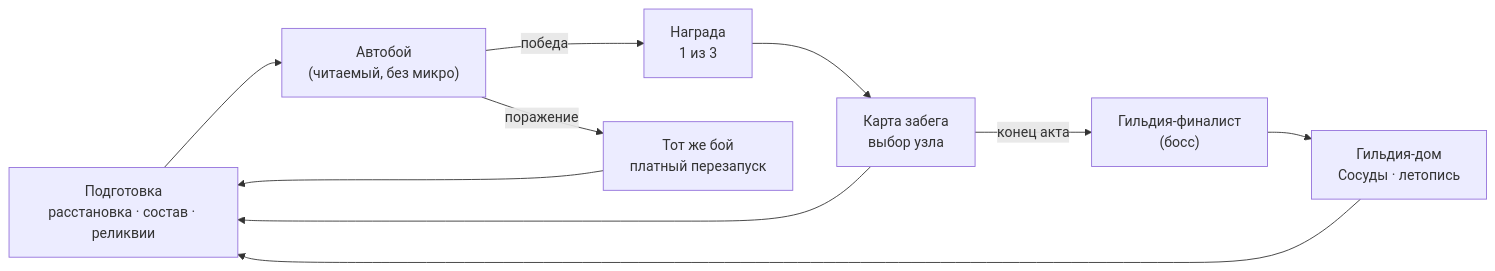
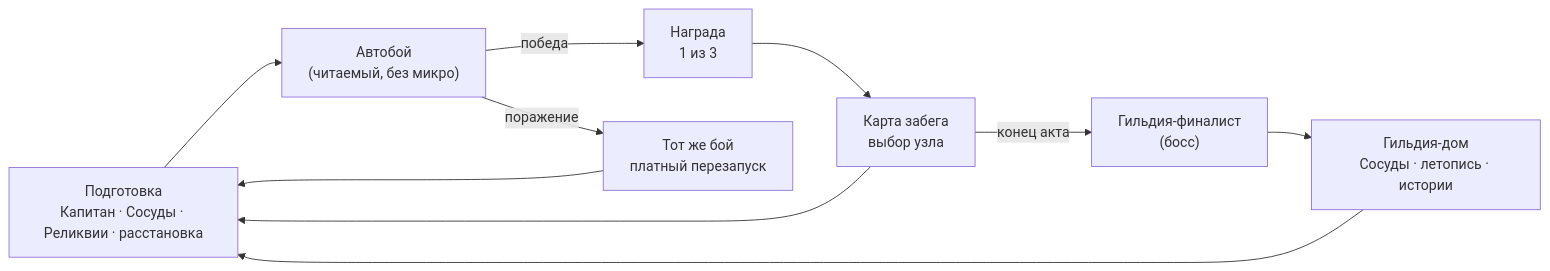
The diagram in docs/wiki/gdd/10-vision/vision.md (Kaliguri/Guildmaster-Autobattler), drawn with Mermaid before and after one commit. The commit also changed other lines of this file and 2 other files, not shown here.

````diff
--- a/docs/wiki/gdd/10-vision/vision.md
+++ b/docs/wiki/gdd/10-vision/vision.md
@@ -35,12 +40,12 @@
 ```mermaid
 flowchart LR
-  Prep["Подготовка<br/>расстановка · состав · реликвии"] --> Battle["Автобой<br/>(читаемый, без микро)"]
+  Prep["Подготовка<br/>Капитан · Сосуды · Реликвии · расстановка"] --> Battle["Автобой<br/>(читаемый, без микро)"]
   Battle -->|победа| Reward["Награда<br/>1 из 3"]
   Battle -->|поражение| Restart["Тот же бой<br/>платный перезапуск"]
   Reward --> Map["Карта забега<br/>выбор узла"]
   Map --> Prep
   Restart --> Prep
   Map -->|конец акта| Boss["Гильдия-финалист<br/>(босс)"]
-  Boss --> Guild["Гильдия-дом<br/>Сосуды · летопись"]
+  Boss --> Guild["Гильдия-дом<br/>Сосуды · летопись · истории"]
   Guild --> Prep
 ```
````
